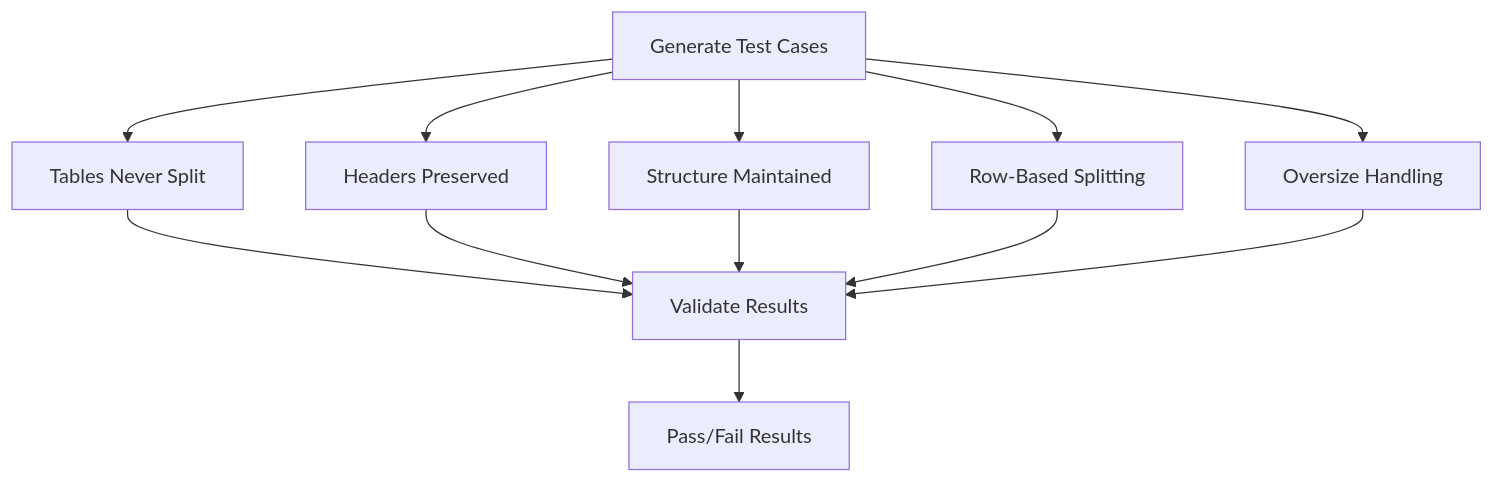
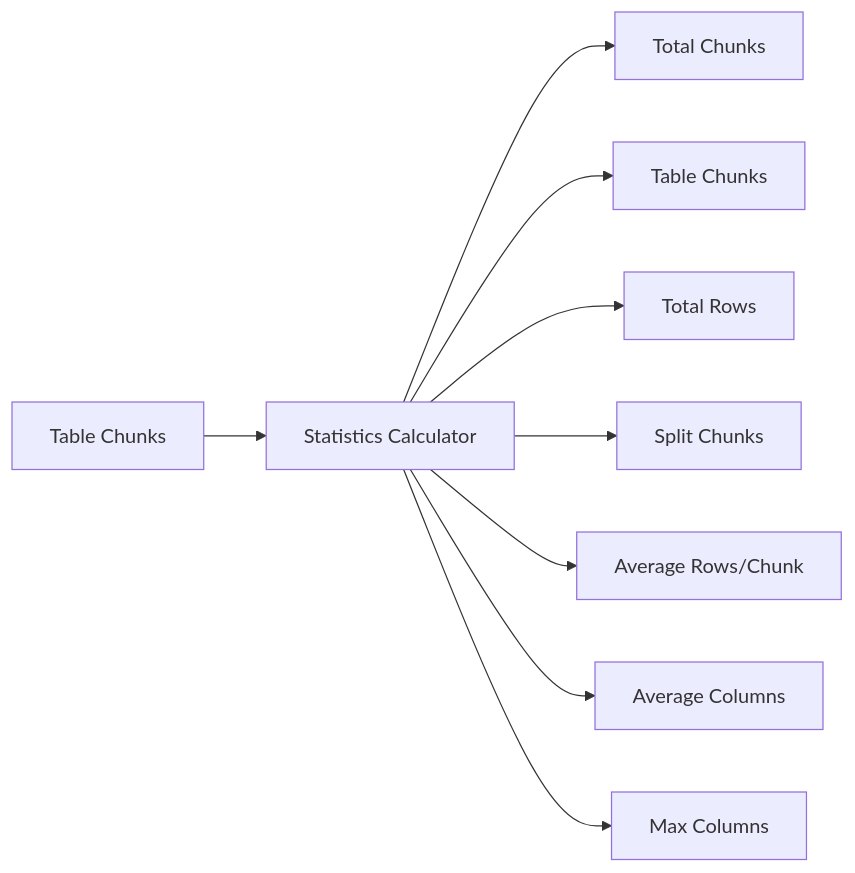
Before and after one commit to asukhodko/dify-markdown-chunker: the sixth of 6 diagrams in .qoder/repowiki/en/content/Chunking Strategies/Table Strategy.md, drawn with Mermaid. The commit also changed other lines of this file and 205 other files, not shown here.

````diff
--- a/.qoder/repowiki/en/content/Chunking Strategies/Table Strategy.md
+++ b/.qoder/repowiki/en/content/Chunking Strategies/Table Strategy.md
@@ -515,14 +329,11 @@
 ```mermaid
-flowchart TD
-TestGeneration["Generate Test Cases"] --> TableAtomicity["Tables Never Split"]
-TestGeneration --> HeaderPreservation["Headers Preserved"]
-TestGeneration --> StructureIntegrity["Structure Maintained"]
-TestGeneration --> RowSplitting["Row-Based Splitting"]
-TestGeneration --> OversizeHandling["Oversize Handling"]
-TableAtomicity --> Validation["Validate Results"]
-HeaderPreservation --> Validation
-StructureIntegrity --> Validation
-RowSplitting --> Validation
-OversizeHandling --> Validation
-Validation --> PassFail["Pass/Fail Results"]
+flowchart LR
+A["Table Chunks"] --> B["Statistics Calculator"]
+B --> C["Total Chunks"]
+B --> D["Table Chunks"]
+B --> E["Total Rows"]
+B --> F["Split Chunks"]
+B --> G["Average Rows/Chunk"]
+B --> H["Average Columns"]
+B --> I["Max Columns"]
 ```
````
